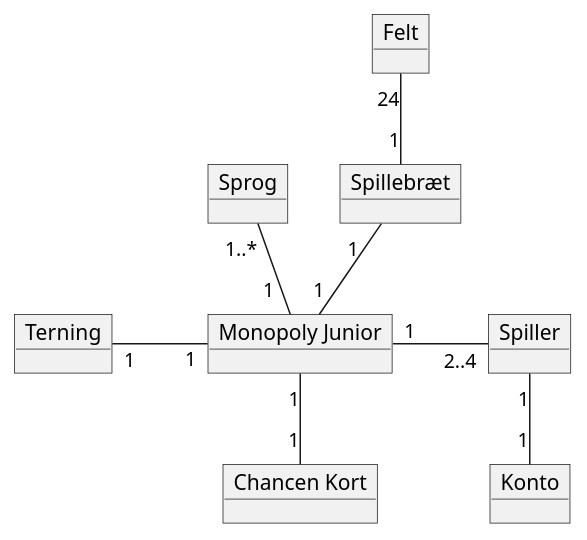
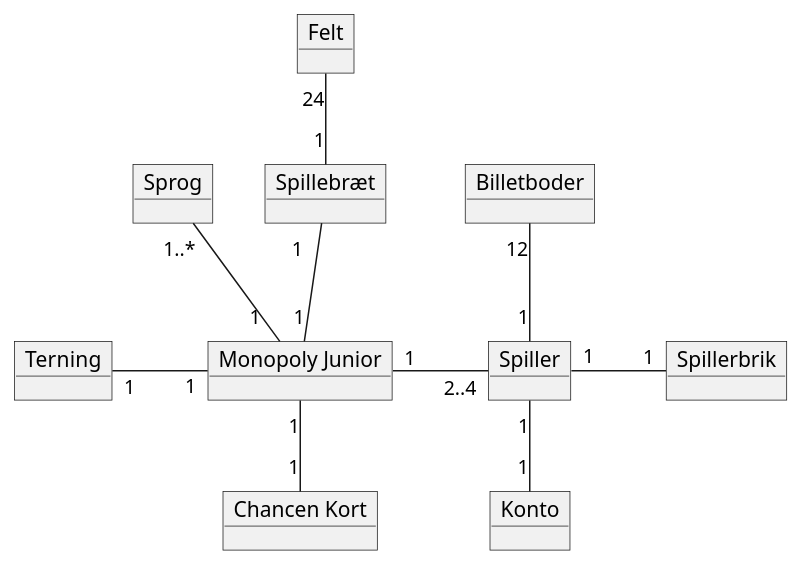
One commit to Greve2001/CDIO3 changed the diagram in diagrams/DM_Diagram.puml. Above: the diagram before and after it, drawn with PlantUML.

Commit message:
Updated domain model

```diff
--- a/diagrams/DM_Diagram.puml
+++ b/diagrams/DM_Diagram.puml
@@ -1,21 +1,25 @@
 @startuml
 'https://plantuml.com/object-diagram
 
+object Spillerbrik
 object Spiller
 object Terning
 object Sprog
 object "Monopoly Junior" as game
 object Konto
 object "Spillebræt" as board
 object Felt
 object "Chancen Kort" as chance
+object Billetboder
 
 chance          "1"         -up-        "1"                 game
 Sprog           "1..*"      --          "1  "               game
 Felt            "24"        --          "1"                 board
 board           "1   "      -down-      "1"                 game
 Spiller         "1"         --          "1"                 Konto
 Spiller         "2..4"      -left-      "1"                 game    : \t
+Spiller         "1"         -right-     "1"                 Spillerbrik :\t
+Spiller         "1"           -up-      "12"                Billetboder :\t
 Terning         "1    "     -right-     "    1"             game    : \t
 
 @enduml
```
